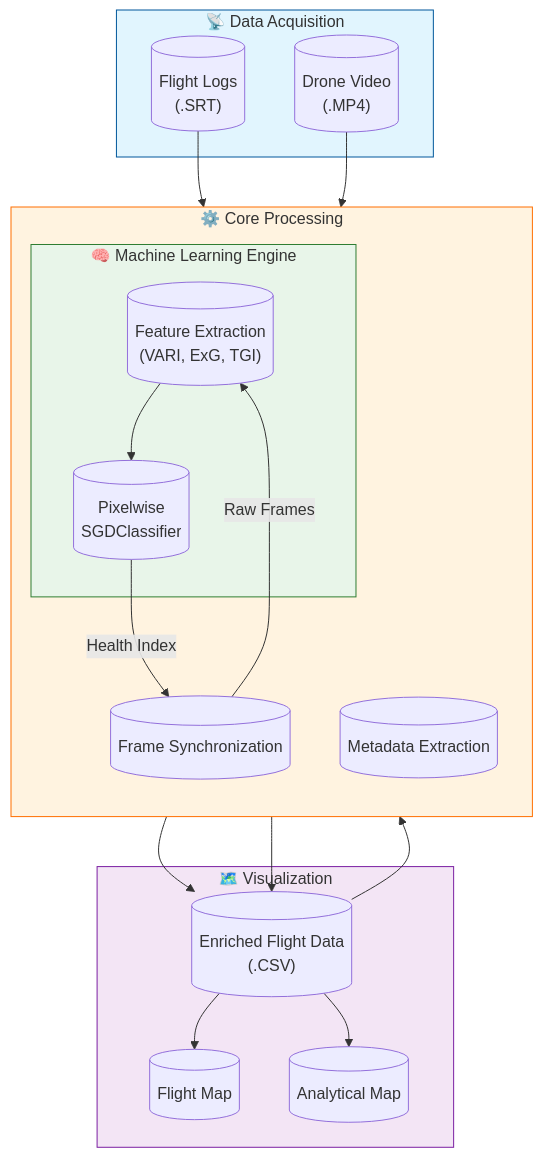
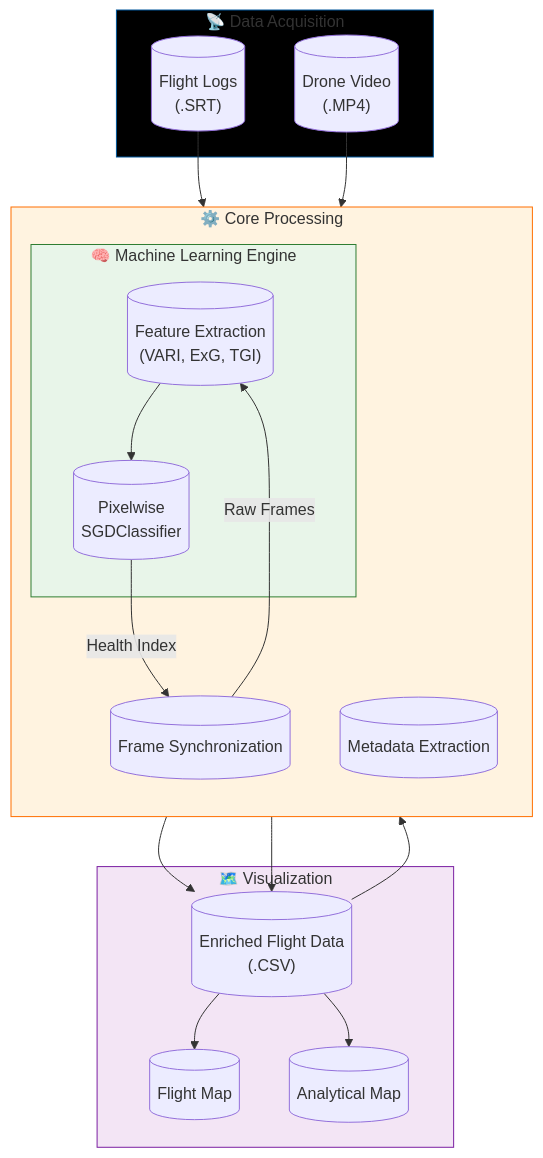
Before and after one commit to MHC-CodeSmith/DJI_HOF: the diagram in README.md, drawn with Mermaid.

````diff
--- a/README.md
+++ b/README.md
@@ -13,38 +13,38 @@
 ```mermaid
 graph TD
     subgraph Input ["📡 Data Acquisition"]
         Video[("Drone Video<br>(.MP4)")]
         SRT[("Flight Logs<br>(.SRT)")]
     end
 
     subgraph Processing ["⚙️ Core Processing"]
         direction TB
         Ext[("Metadata Extraction")]
         Sync[("Frame Synchronization")]
         
         subgraph ML ["🧠 Machine Learning Engine"]
             Feat[("Feature Extraction<br>(VARI, ExG, TGI)")]
             Model[("Pixelwise<br>SGDClassifier")]
         end
     end
 
     subgraph Output ["🗺️ Visualization"]
         CSV[("Enriched Flight Data<br>(.CSV)")]
         Map1[("Flight Map")]
         Map2[("Analytical Map")]
     end
 
     SRT --> Ext --> CSV
     Video --> Sync
     CSV --> Sync
     Sync -- "Raw Frames" --> Feat
     Feat --> Model
     Model -- "Health Index" --> Sync
     Sync --> CSV
     CSV --> Map1 & Map2
     
-    style Input fill:#e1f5fe,stroke:#01579b
+    style Input fill:#000000,stroke:#01579b
     style Processing fill:#fff3e0,stroke:#ff6f00
     style ML fill:#e8f5e9,stroke:#2e7d32
     style Output fill:#f3e5f5,stroke:#7b1fa2
 ```
````
